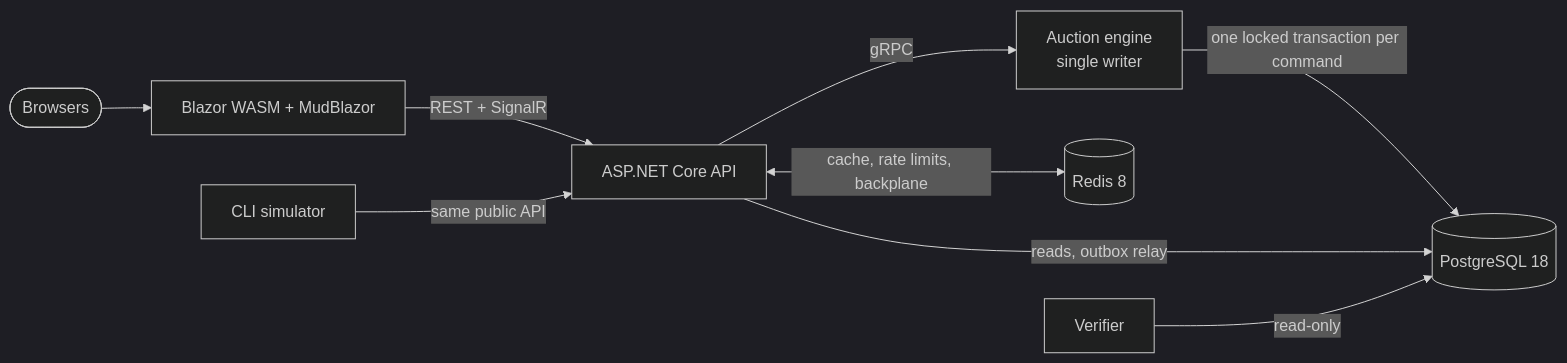
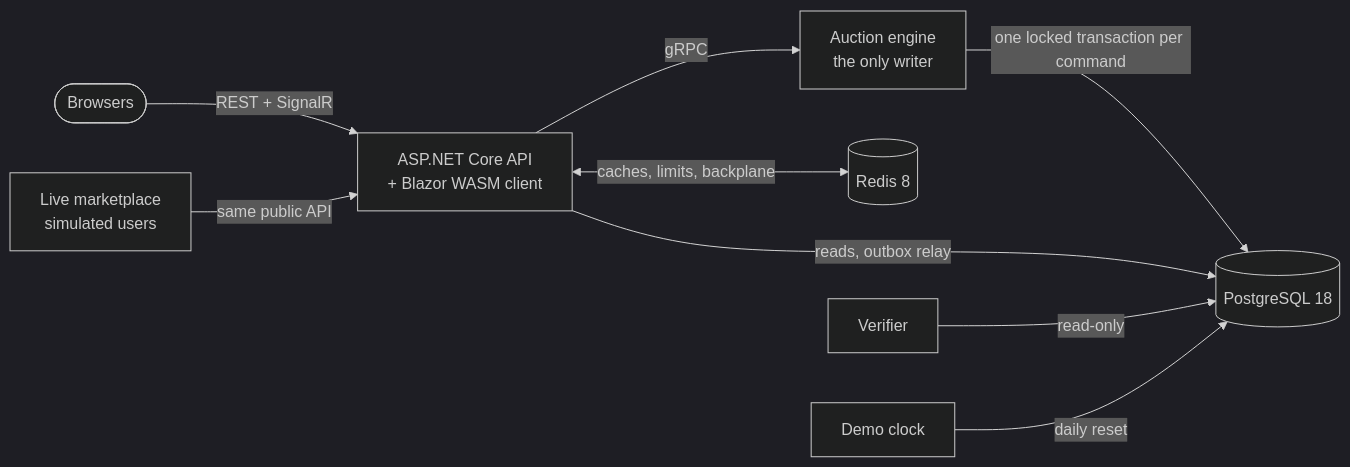
One commit to jschnepel/ebay changed the diagram in README.md. Above: the diagram before and after it, drawn with Mermaid (dark theme). The commit also changed other lines of this file and 5 other files, not shown here.

````diff
--- a/README.md
+++ b/README.md
@@ -85,11 +41,11 @@
 ```mermaid
 flowchart LR
-  browser([Browsers]) --> web[Blazor WASM + MudBlazor]
-  web -->|REST + SignalR| api[ASP.NET Core API]
-  sim[CLI simulator] -->|same public API| api
-  api -->|gRPC| engine[Auction engine<br/>single writer]
+  browser([Browsers]) -->|REST + SignalR| api[ASP.NET Core API<br/>+ Blazor WASM client]
+  live[Live marketplace<br/>simulated users] -->|same public API| api
+  api -->|gRPC| engine[Auction engine<br/>the only writer]
   engine -->|one locked transaction per command| pg[(PostgreSQL 18)]
   api -->|reads, outbox relay| pg
-  api <-->|cache, rate limits, backplane| redis[(Redis 8)]
+  api <-->|caches, limits, backplane| redis[(Redis 8)]
   verifier[Verifier] -->|read-only| pg
+  clock[Demo clock] -->|daily reset| pg
 ```
````
